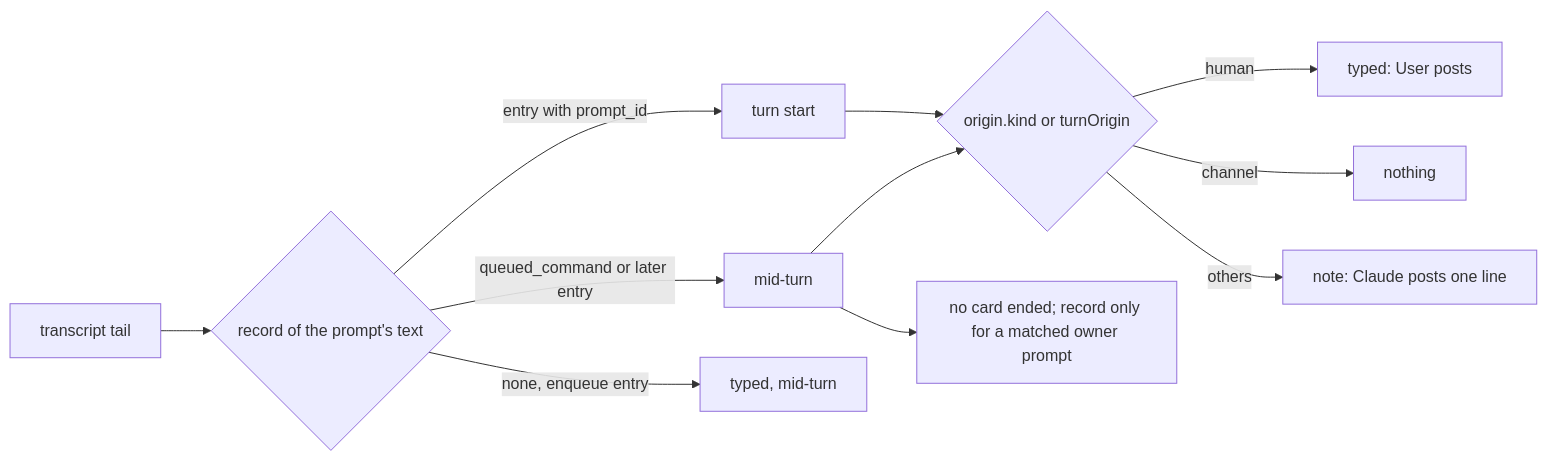
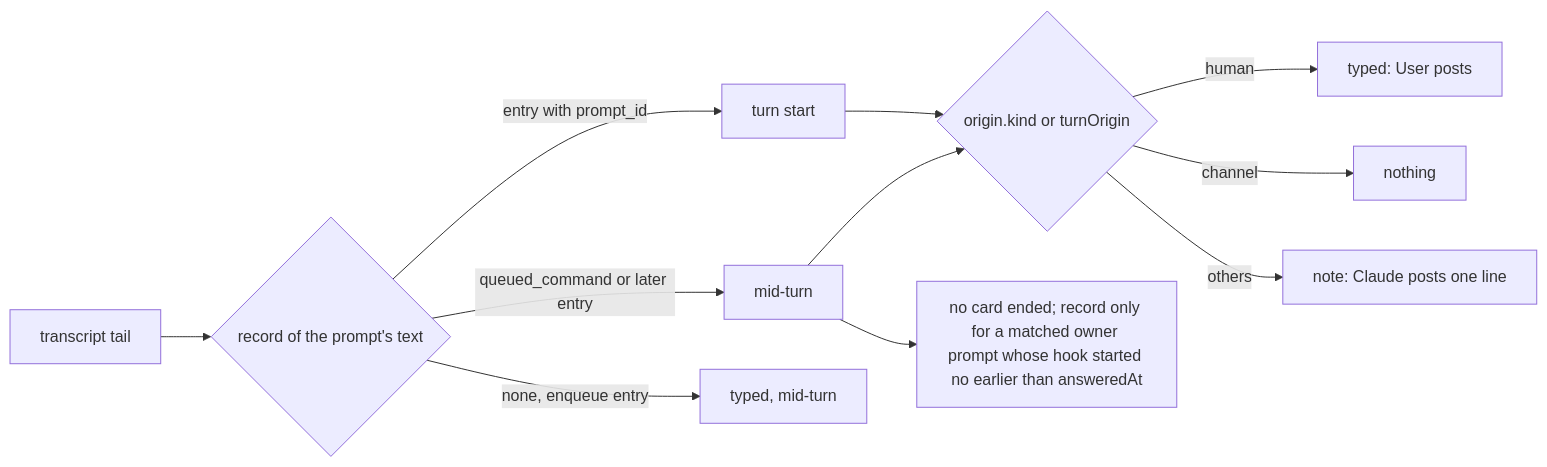
Before and after one commit to simplex-chat/simplex-chat: the third of 3 diagrams in plans/2026-11-12-mcp-harness-notes.md, drawn with Mermaid. The commit also changed other lines of this file and 5 other files, not shown here.

````diff
--- a/plans/2026-11-12-mcp-harness-notes.md
+++ b/plans/2026-11-12-mcp-harness-notes.md
@@ -248,13 +249,13 @@
 ```mermaid
 flowchart LR
   T[transcript tail] --> R{record of the prompt's text}
   R -- entry with prompt_id --> S[turn start]
   R -- queued_command or later entry --> M[mid-turn]
   R -- none, enqueue entry --> Q[typed, mid-turn]
   S --> K{origin.kind or turnOrigin}
   M --> K
   K -- human --> U[typed: User posts]
   K -- channel --> N[nothing]
   K -- others --> L[note: Claude posts one line]
-  M --> X[no card ended; record only for a matched owner prompt]
+  M --> X[no card ended; record only for a matched owner prompt whose hook started no earlier than answeredAt]
 ```
````
